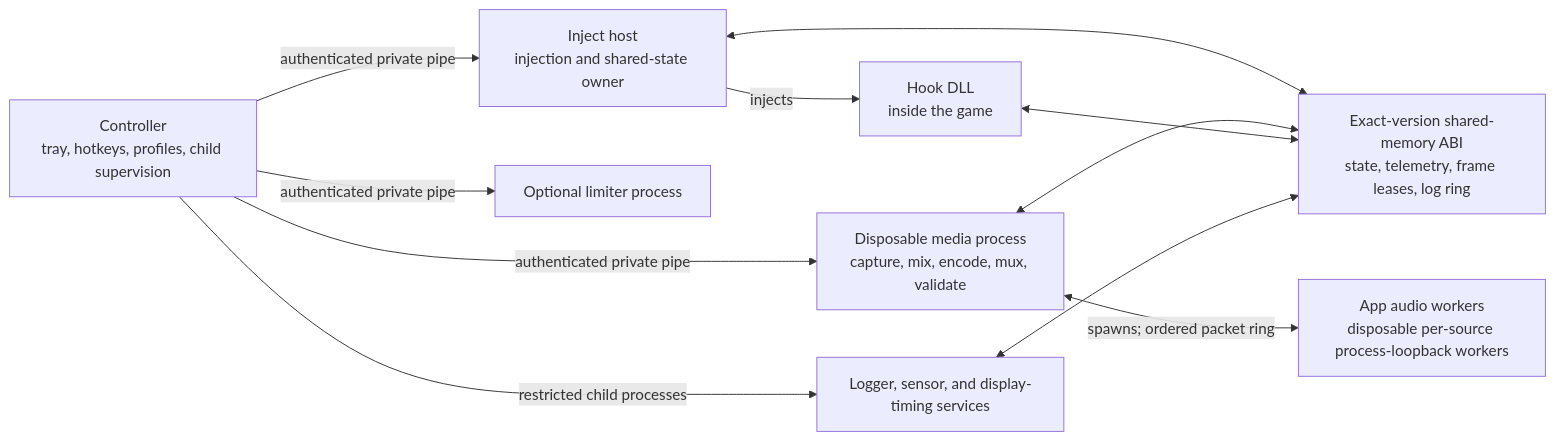
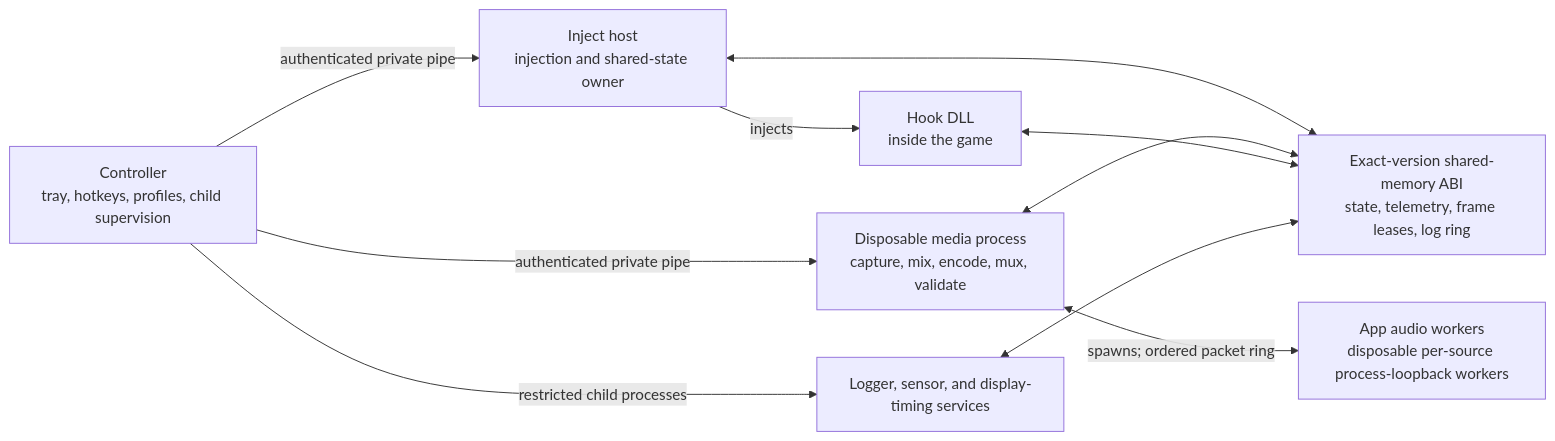
Before and after one commit to aufkrawall/capture-engine: the diagram in README.md, drawn with Mermaid. The commit also changed other lines of this file and 56 other files, not shown here.

````diff
--- a/README.md
+++ b/README.md
@@ -257,22 +257,20 @@
 ```mermaid
 flowchart LR
     Controller["Controller<br/>tray, hotkeys, profiles, child supervision"]
     Inject["Inject host<br/>injection and shared-state owner"]
     Media["Disposable media process<br/>capture, mix, encode, mux, validate"]
-    Limiter["Optional limiter process"]
     Aux["Logger, sensor, and display-timing services"]
     AppAudio["App audio workers<br/>disposable per-source process-loopback workers"]
     Hook["Hook DLL<br/>inside the game"]
     Shared["Exact-version shared-memory ABI<br/>state, telemetry, frame leases, log ring"]
 
     Controller -->|"authenticated private pipe"| Inject
     Controller -->|"authenticated private pipe"| Media
-    Controller -->|"authenticated private pipe"| Limiter
     Controller -->|"restricted child processes"| Aux
     Media <-->|"spawns; ordered packet ring"| AppAudio
     Inject -->|"injects"| Hook
     Inject <--> Shared
     Media <--> Shared
     Hook <--> Shared
     Aux <--> Shared
 ```
````
